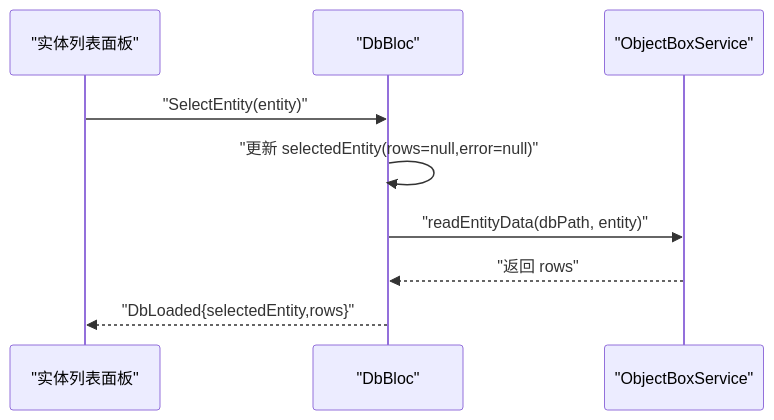
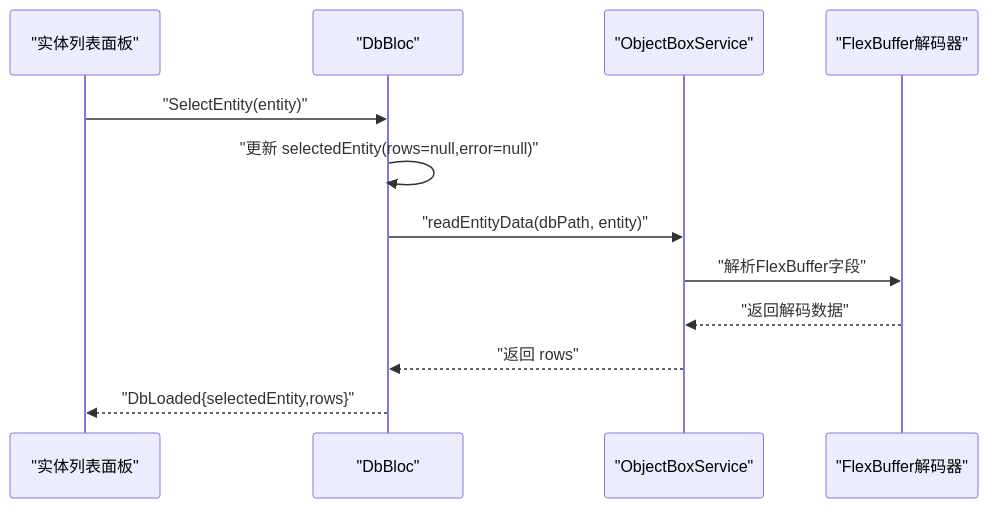
Before and after one commit to kongpf8848/objectbox_viewer: the fourth of 8 diagrams in .qoder/repowiki/zh/content/核心功能/核心功能.md, drawn with Mermaid. The commit also changed other lines of this file and 9 other files, not shown here.

````diff
--- a/.qoder/repowiki/zh/content/核心功能/核心功能.md
+++ b/.qoder/repowiki/zh/content/核心功能/核心功能.md
@@ -177,11 +195,14 @@
 ```mermaid
 sequenceDiagram
 participant L as "实体列表面板"
 participant B as "DbBloc"
 participant S as "ObjectBoxService"
+participant F as "FlexBuffer解码器"
 L->>B : "SelectEntity(entity)"
 B->>B : "更新 selectedEntity(rows=null,error=null)"
 B->>S : "readEntityData(dbPath, entity)"
+S->>F : "解析FlexBuffer字段"
+F-->>S : "返回解码数据"
 S-->>B : "返回 rows"
 B-->>L : "DbLoaded{selectedEntity,rows}"
 ```
````
